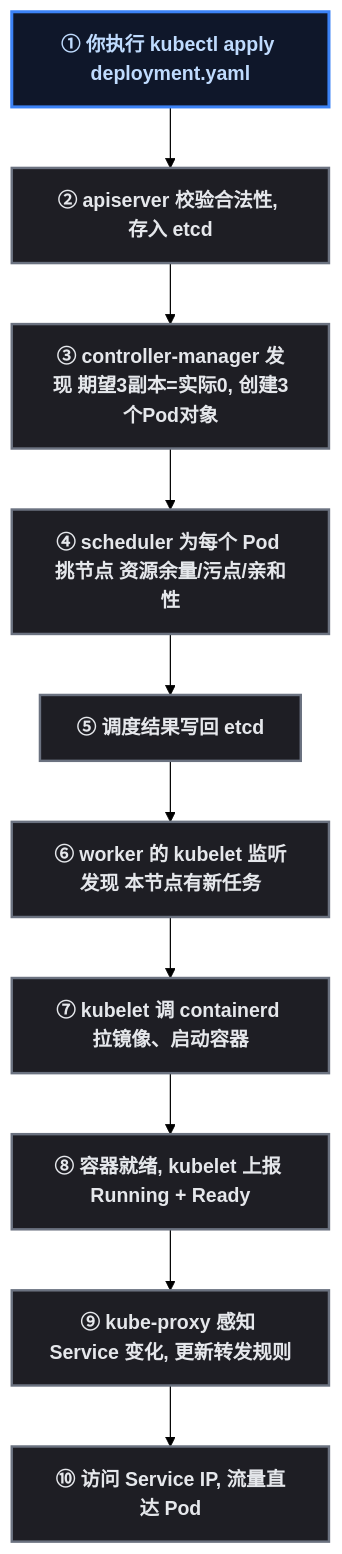
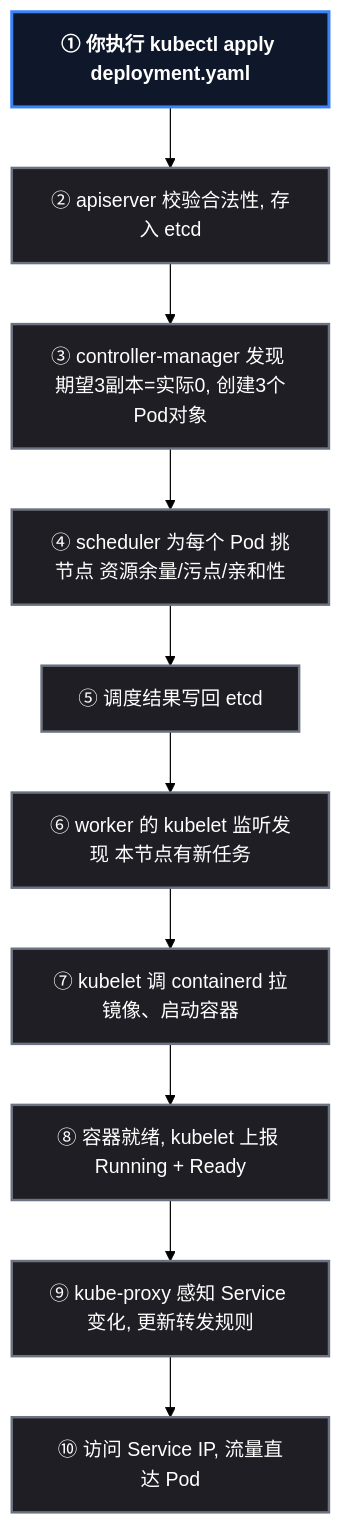
One commit to yaocat55/yaocat55.github.io changed the third of 6 diagrams in content/posts/kubernetes/KindLocalK8sClusterSetup.md. Above: the diagram before and after it, drawn with Mermaid (forest theme). The commit also changed other lines of this file and 27 other files, not shown here.

Commit message:
docs: 全系列 93 张 Mermaid 图 classDef 改为 style 强制深底白字(修复部分渲染器白底浅字)+历史文件格式清理

````diff
--- a/content/posts/kubernetes/KindLocalK8sClusterSetup.md
+++ b/content/posts/kubernetes/KindLocalK8sClusterSetup.md
@@ -117,16 +123,22 @@
 ```mermaid
 flowchart TD
     S1["① 你执行 kubectl apply deployment.yaml"] --> S2["② apiserver 校验合法性, 存入 etcd"]
     S2 --> S3["③ controller-manager 发现 期望3副本=实际0, 创建3个Pod对象"]
     S3 --> S4["④ scheduler 为每个 Pod 挑节点 资源余量/污点/亲和性"]
     S4 --> S5["⑤ 调度结果写回 etcd"]
     S5 --> S6["⑥ worker 的 kubelet 监听发现 本节点有新任务"]
     S6 --> S7["⑦ kubelet 调 containerd 拉镜像、启动容器"]
     S7 --> S8["⑧ 容器就绪, kubelet 上报 Running + Ready"]
     S8 --> S9["⑨ kube-proxy 感知 Service 变化, 更新转发规则"]
     S9 --> S10["⑩ 访问 Service IP, 流量直达 Pod"]
-    classDef process fill:#1e1e24,stroke:#6b7280,stroke-width:2px,color:#e5e7eb;
-    classDef root fill:#0f172a,stroke:#3b82f6,stroke-width:2.5px,color:#bfdbfe,font-weight:bold;
-    class S1 root;
-    class S2,S3,S4,S5,S6,S7,S8,S9,S10 process;
+    style S1 fill:#0f172a,stroke:#3b82f6,stroke-width:2.5px,color:#ffffff,font-weight:bold
+    style S2 fill:#1e1e24,stroke:#6b7280,stroke-width:2px,color:#ffffff
+    style S3 fill:#1e1e24,stroke:#6b7280,stroke-width:2px,color:#ffffff
+    style S4 fill:#1e1e24,stroke:#6b7280,stroke-width:2px,color:#ffffff
+    style S5 fill:#1e1e24,stroke:#6b7280,stroke-width:2px,color:#ffffff
+    style S6 fill:#1e1e24,stroke:#6b7280,stroke-width:2px,color:#ffffff
+    style S7 fill:#1e1e24,stroke:#6b7280,stroke-width:2px,color:#ffffff
+    style S8 fill:#1e1e24,stroke:#6b7280,stroke-width:2px,color:#ffffff
+    style S9 fill:#1e1e24,stroke:#6b7280,stroke-width:2px,color:#ffffff
+    style S10 fill:#1e1e24,stroke:#6b7280,stroke-width:2px,color:#ffffff
 ```
````
